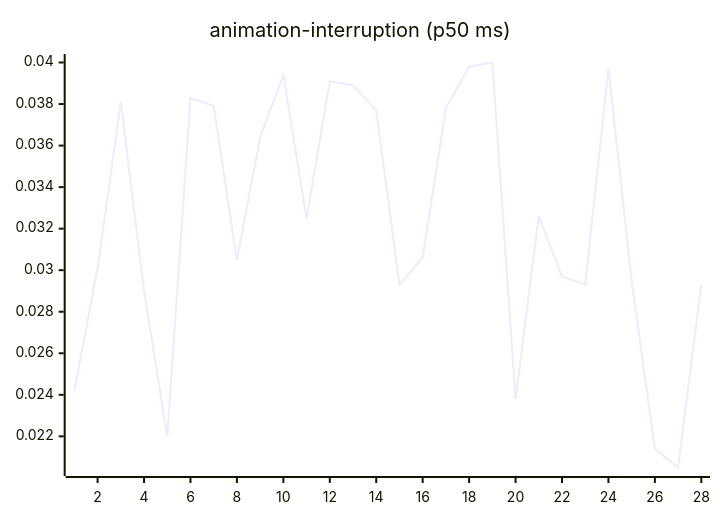
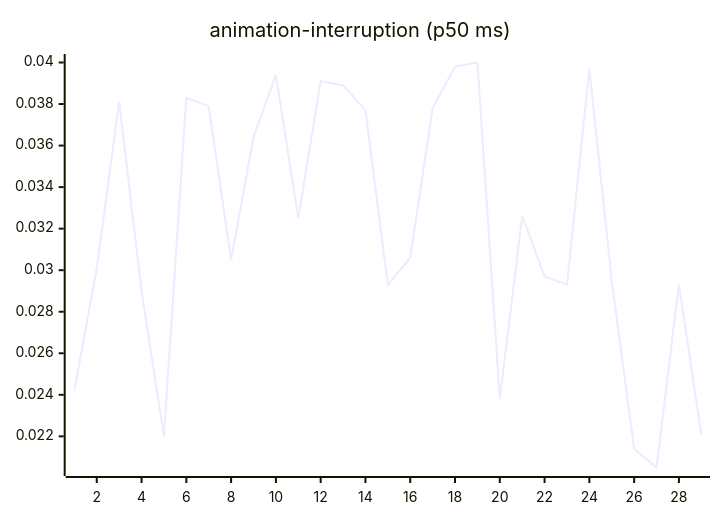
Before and after one commit to josha/Facet: the third of 27 diagrams in README.md, drawn with Mermaid. The commit also changed other lines of this file and 2 other files, not shown here.

````diff
--- a/README.md
+++ b/README.md
@@ -77,6 +77,6 @@
 ```mermaid
 xychart-beta
     title "animation-interruption (p50 ms)"
-    x-axis 1 --> 28
-    line [0.0242, 0.0301, 0.0381, 0.0290, 0.0220, 0.0383, 0.0379, 0.0305, 0.0364, 0.0394, 0.0325, 0.0391, 0.0389, 0.0377, 0.0293, 0.0306, 0.0378, 0.0398, 0.0400, 0.0238, 0.0326, 0.0297, 0.0293, 0.0397, 0.0295, 0.0214, 0.0205, 0.0293]
+    x-axis 1 --> 29
+    line [0.0242, 0.0301, 0.0381, 0.0290, 0.0220, 0.0383, 0.0379, 0.0305, 0.0364, 0.0394, 0.0325, 0.0391, 0.0389, 0.0377, 0.0293, 0.0306, 0.0378, 0.0398, 0.0400, 0.0238, 0.0326, 0.0297, 0.0293, 0.0397, 0.0295, 0.0214, 0.0205, 0.0293, 0.0221]
 ```
````
